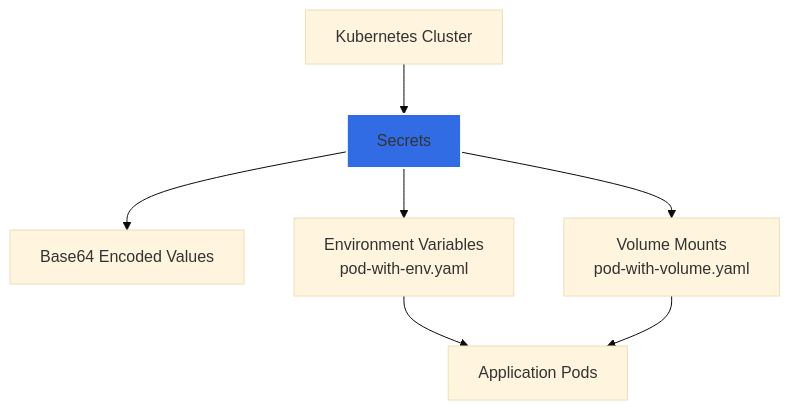
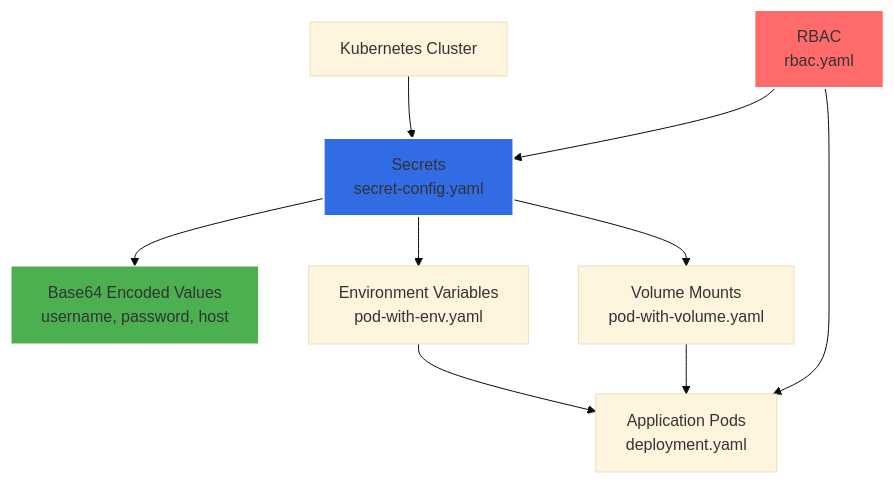
One commit to TheToriqul/k8s-secret changed the diagram in README.md. Above: the diagram before and after it, drawn with Mermaid (base theme). The commit also changed other lines of this file, not shown here.

````diff
--- a/README.md
+++ b/README.md
@@ -132,12 +132,19 @@
 ```mermaid
 graph TD
-    A[Kubernetes Cluster] --> B[Secrets]
-    B --> C[Base64 Encoded Values]
+    A[Kubernetes Cluster] --> B[Secrets<br/>secret-config.yaml]
+    B --> C[Base64 Encoded Values<br/>username, password, host]
     B --> D[Environment Variables<br/>pod-with-env.yaml]
     B --> E[Volume Mounts<br/>pod-with-volume.yaml]
     
-    D --> F[Application Pods]
+    D --> F[Application Pods<br/>deployment.yaml]
     E --> F
     
+    G[RBAC<br/>rbac.yaml] --> B
+    G --> F
+    
     style B fill:#326CE5,stroke:#fff,stroke-width:2px
+    style G fill:#FF6B6B,stroke:#fff,stroke-width:2px
+    
+    classDef configFile fill:#4CAF50,stroke:#fff,stroke-width:1px
+    class C configFile
 ```
````
